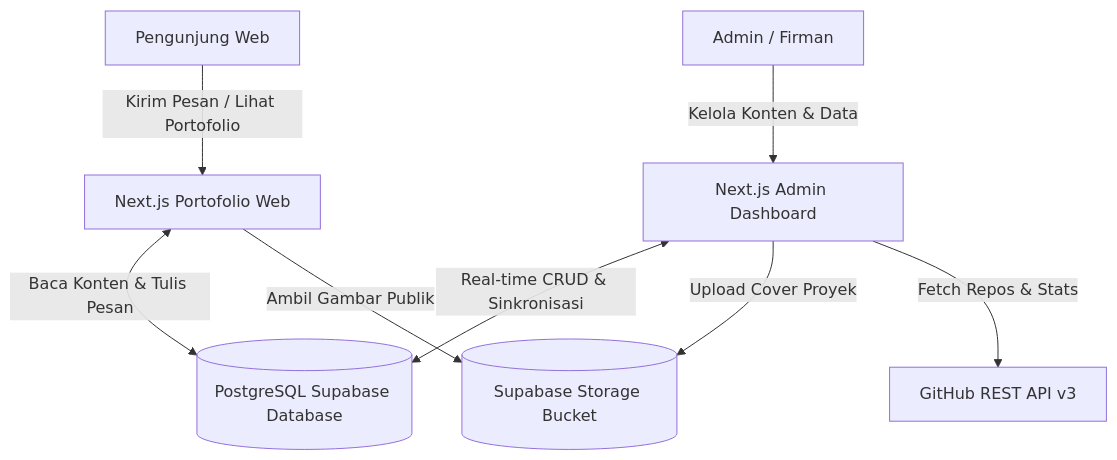
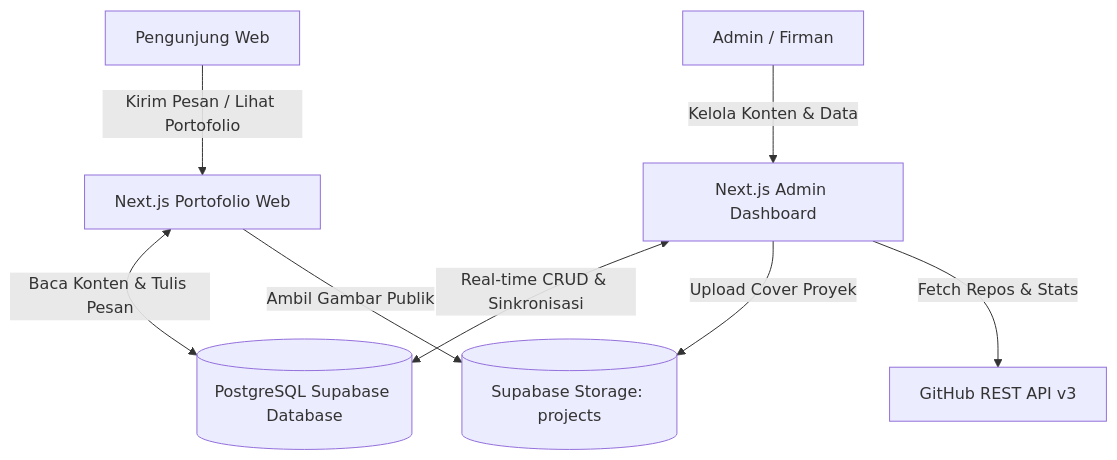
The diagram in README.md (moch-firmansyahh/management-portofolio--admin-), drawn with Mermaid before and after one commit. The commit also changed other lines of this file and 22 other files, not shown here.

````diff
--- a/README.md
+++ b/README.md
@@ -81,13 +80,13 @@
 ```mermaid
 graph TD
     User[Pengunjung Web] -->|Kirim Pesan / Lihat Portofolio| Web[Next.js Portofolio Web]
     Admin[Admin / Firman] -->|Kelola Konten & Data| AdminApp[Next.js Admin Dashboard]
     
     Web <-->|Baca Konten & Tulis Pesan| SupabaseDB[(PostgreSQL Supabase Database)]
     AdminApp <-->|Real-time CRUD & Sinkronisasi| SupabaseDB
     
-    AdminApp -->|Upload Cover Proyek| SupabaseStorage[(Supabase Storage Bucket)]
+    AdminApp -->|Upload Cover Proyek| SupabaseStorage[(Supabase Storage: projects)]
     Web -->|Ambil Gambar Publik| SupabaseStorage
     
     AdminApp -->|Fetch Repos & Stats| GitHubAPI[GitHub REST API v3]
 ```
````
